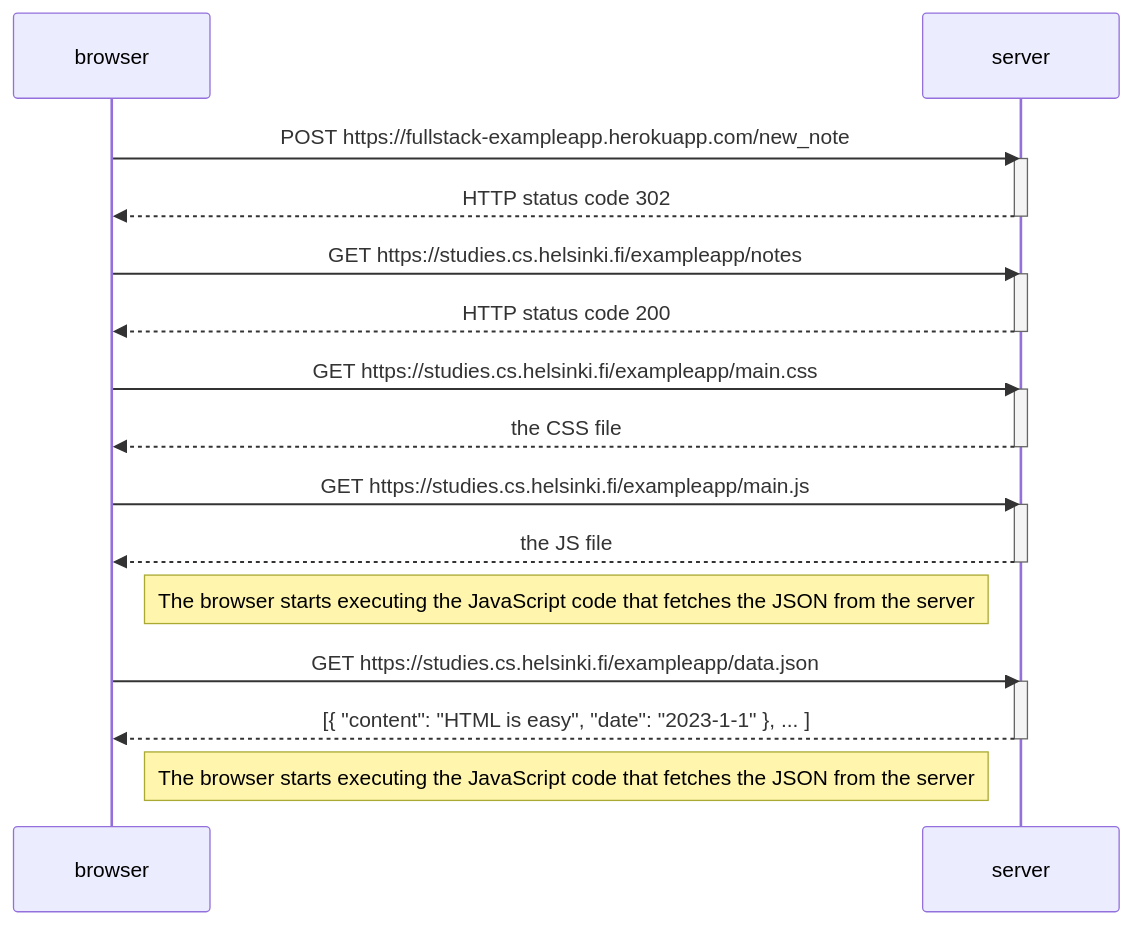
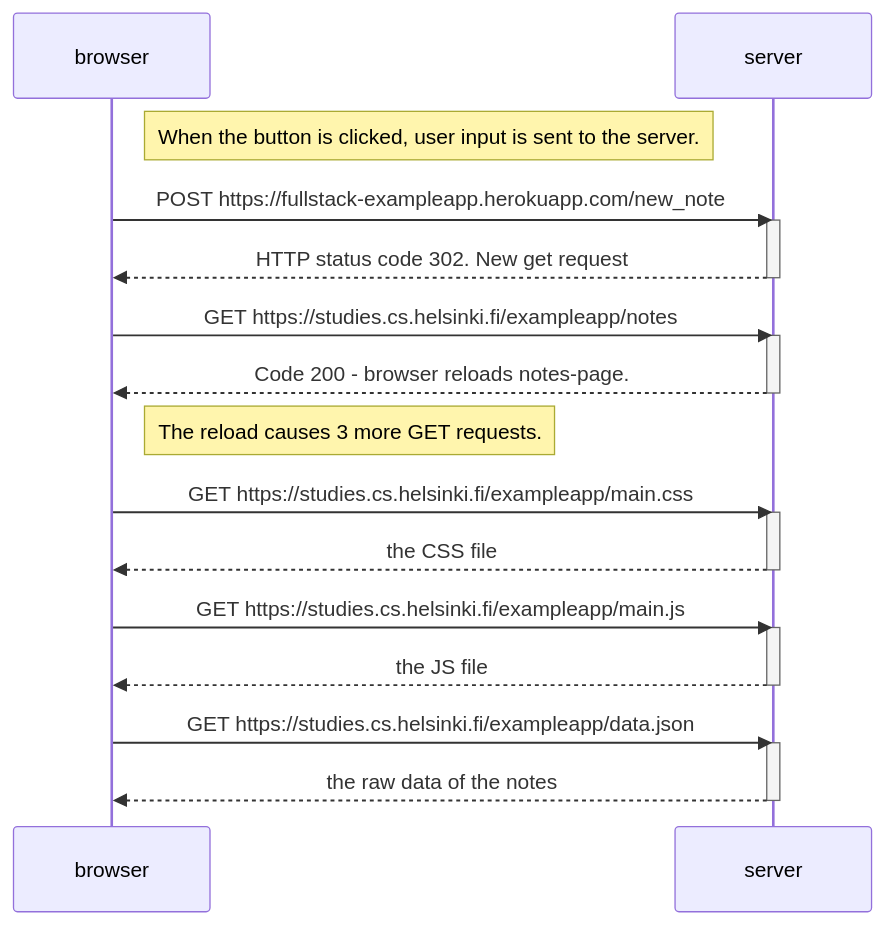
Before and after one commit to EmCarlss/UHelsinki_full_stack_open: the diagram in part0/Sequence_d0.4.md, drawn with Mermaid.

````diff
--- a/part0/Sequence_d0.4.md
+++ b/part0/Sequence_d0.4.md
@@ -2,36 +2,35 @@
 ```mermaid
 sequenceDiagram
     participant browser
     participant server
 
+    Note right of browser: When the button is clicked, user input is sent to the server.
     browser->>server: POST https://fullstack-exampleapp.herokuapp.com/new_note
     activate server
-    server-->>browser: HTTP status code 302
+    server-->>browser: HTTP status code 302. New get request
     deactivate server
 
+    
     browser->>server: GET https://studies.cs.helsinki.fi/exampleapp/notes
     activate server
-    server-->>browser: HTTP status code 200
+    server-->>browser: Code 200 - browser reloads notes-page.
     deactivate server
+
+    Note right of browser: The reload causes 3 more GET requests.
 
     browser->>server: GET https://studies.cs.helsinki.fi/exampleapp/main.css
     activate server
     server-->>browser: the CSS file
     deactivate server
 
-
     browser->>server: GET https://studies.cs.helsinki.fi/exampleapp/main.js
     activate server
     server-->>browser: the JS file
     deactivate server
 
-    Note right of browser: The browser starts executing the JavaScript code that fetches the JSON from the server
-
     browser->>server: GET https://studies.cs.helsinki.fi/exampleapp/data.json
     activate server
-    server-->>browser: [{ "content": "HTML is easy", "date": "2023-1-1" }, ... ]
+    server-->>browser: the raw data of the notes
     deactivate server
 
-    Note right of browser: The browser starts executing the JavaScript code that fetches the JSON from the server
-
 ```
````
